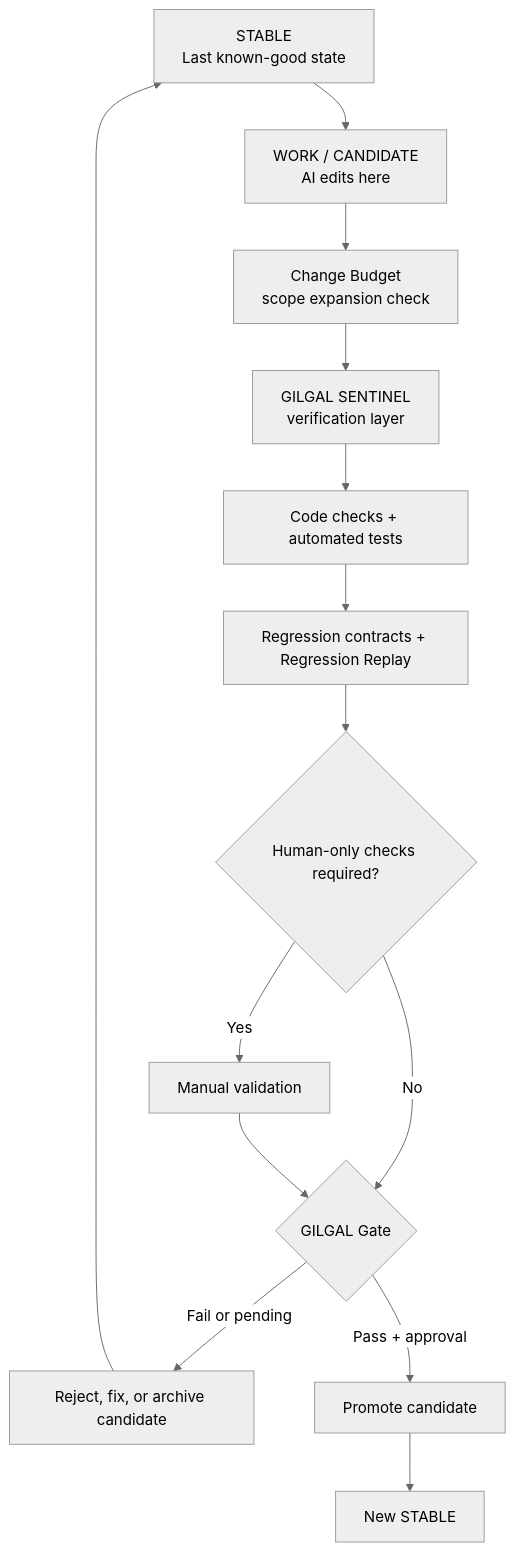
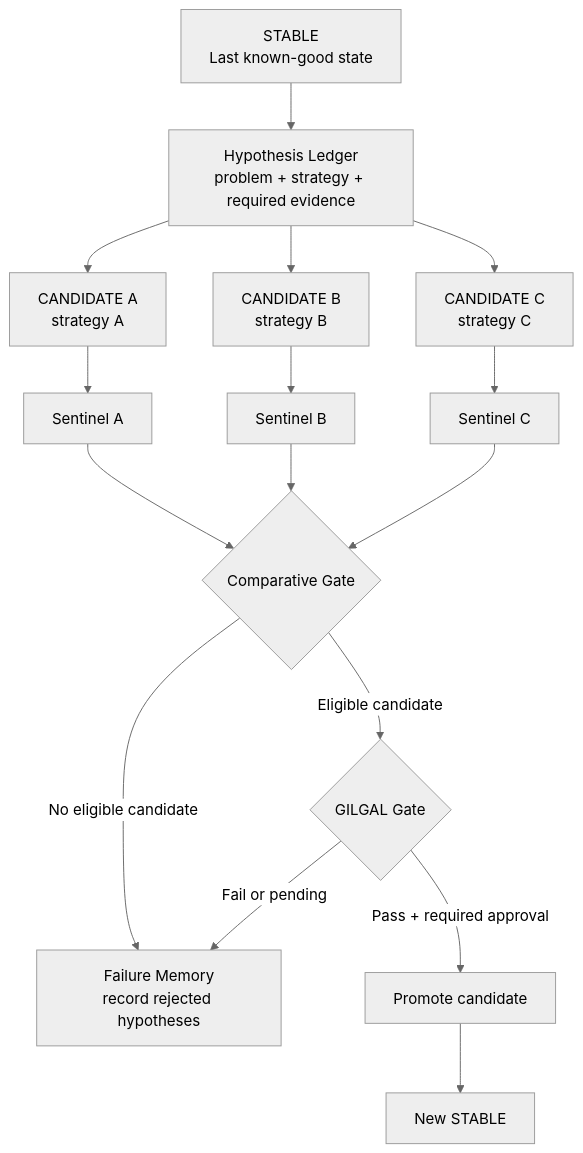
One commit to crentefiel/gilgal-ai-workflow changed the diagram in README.md. Above: the diagram before and after it, drawn with Mermaid (neutral theme). The commit also changed other lines of this file and 5 other files, not shown here.

First line of the commit message:
GILGAL 0.4.0: Failure Memory and Hypothesis Branching

````diff
--- a/README.md
+++ b/README.md
@@ -92,16 +115,18 @@
 ```mermaid
 flowchart TD
-    S[STABLE<br/>Last known-good state] --> W[WORK / CANDIDATE<br/>AI edits here]
-    W --> B[Change Budget<br/>scope expansion check]
-    B --> N[GILGAL SENTINEL<br/>verification layer]
-    N --> D[Code checks + automated tests]
-    D --> R[Regression contracts + Regression Replay]
-    R --> H{Human-only checks required?}
-    H -->|Yes| M[Manual validation]
-    H -->|No| G{GILGAL Gate}
-    M --> G
-    G -->|Fail or pending| F[Reject, fix, or archive candidate]
-    F --> S
-    G -->|Pass + approval| P[Promote candidate]
+    S[STABLE<br/>Last known-good state] --> L[Hypothesis Ledger<br/>problem + strategy + required evidence]
+    L --> A[CANDIDATE A<br/>strategy A]
+    L --> B[CANDIDATE B<br/>strategy B]
+    L --> C[CANDIDATE C<br/>strategy C]
+    A --> SA[Sentinel A]
+    B --> SB[Sentinel B]
+    C --> SC[Sentinel C]
+    SA --> G{Comparative Gate}
+    SB --> G
+    SC --> G
+    G -->|No eligible candidate| F[Failure Memory<br/>record rejected hypotheses]
+    G -->|Eligible candidate| N{GILGAL Gate}
+    N -->|Fail or pending| F
+    N -->|Pass + required approval| P[Promote candidate]
     P --> S2[New STABLE]
 ```
````
